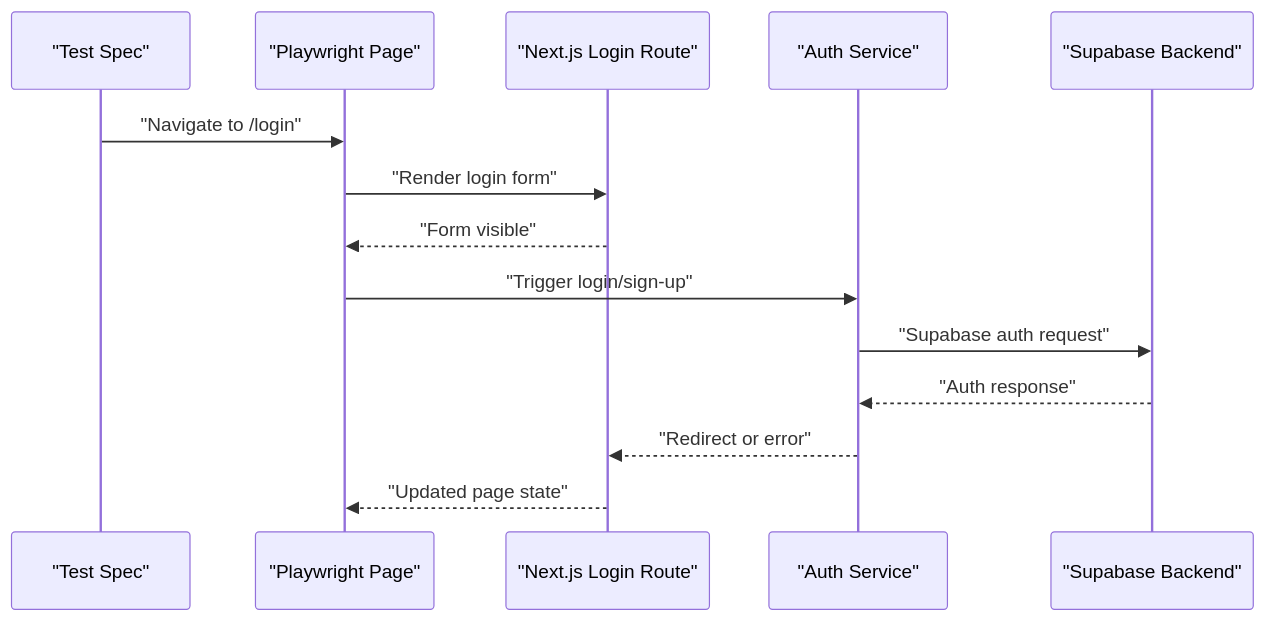
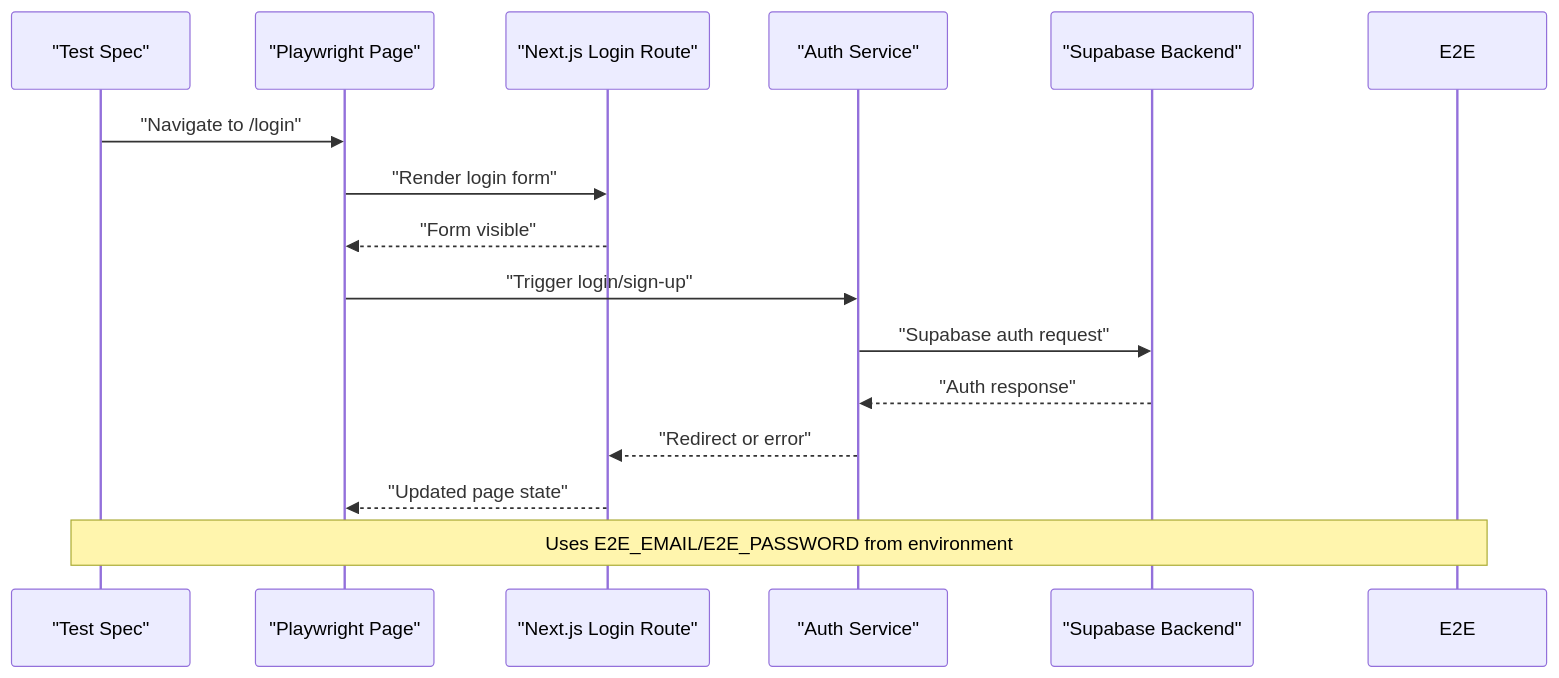
The third of 11 diagrams in .qoder/repowiki/en/content/Testing Strategy/Frontend Testing/Playwright End-to-End Testing.md (rohitkumarnaidu/-Auto-AI-Automated-Academic-Docx-Manuscript-Formatter), drawn with Mermaid before and after one commit. The commit also changed other lines of this file and 4 other files, not shown here.

````diff
--- a/.qoder/repowiki/en/content/Testing Strategy/Frontend Testing/Playwright End-to-End Testing.md
+++ b/.qoder/repowiki/en/content/Testing Strategy/Frontend Testing/Playwright End-to-End Testing.md
@@ -128,16 +157,17 @@
 ```mermaid
 sequenceDiagram
 participant T as "Test Spec"
 participant P as "Playwright Page"
 participant UI as "Next.js Login Route"
 participant S as "Auth Service"
 participant B as "Supabase Backend"
 T->>P : "Navigate to /login"
 P->>UI : "Render login form"
 UI-->>P : "Form visible"
 P->>S : "Trigger login/sign-up"
 S->>B : "Supabase auth request"
 B-->>S : "Auth response"
 S-->>UI : "Redirect or error"
 UI-->>P : "Updated page state"
+Note over T,E2E : Uses E2E_EMAIL/E2E_PASSWORD from environment
 ```
````
